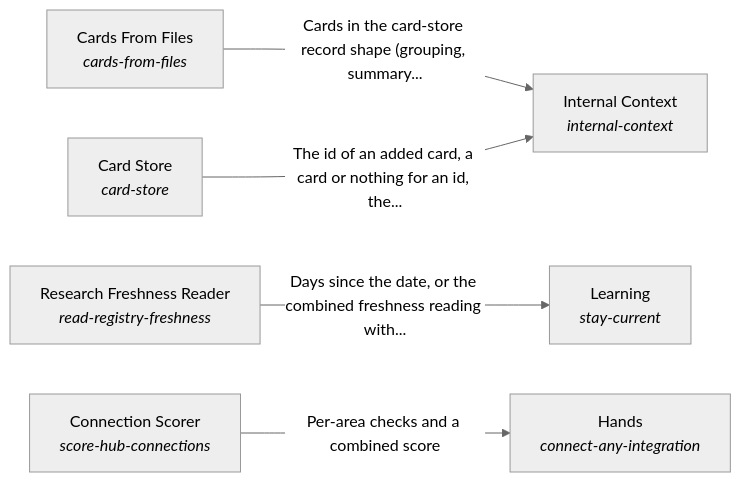
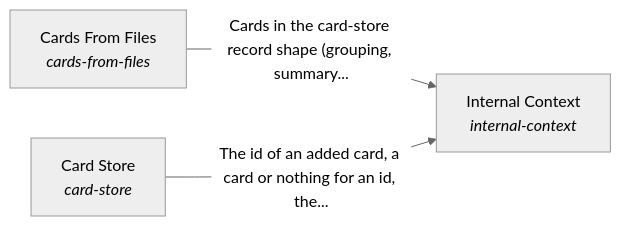
Before and after one commit to SpiritualData/ai-hub-of-hubs-structure: the diagram in hubofhubs/the_body/README.md, drawn with Mermaid (neutral theme). The commit also changed other lines of this file and 56 other files, not shown here.

First line of the commit message:
Records for the approved hierarchy: five containers, role-scoped solutions, the paragraphs match the flow code

````diff
--- a/hubofhubs/the_body/README.md
+++ b/hubofhubs/the_body/README.md
@@ -17,14 +17,8 @@
 ```mermaid
 flowchart LR
     s0["Cards From Files<br/><i>cards-from-files</i>"]
-    s1["Learning<br/><i>stay-current</i>"]
-    s2["Research Freshness Reader<br/><i>read-registry-freshness</i>"]
-    s3["Hands<br/><i>connect-any-integration</i>"]
-    s4["Connection Scorer<br/><i>score-hub-connections</i>"]
-    s5["Card Store<br/><i>card-store</i>"]
-    s6["Internal Context<br/><i>internal-context</i>"]
-    s0 -->|"Cards in the card-store record shape (grouping, summary..."| s6
-    s2 -->|"Days since the date, or the combined freshness reading with..."| s1
-    s4 -->|"Per-area checks and a combined score"| s3
-    s5 -->|"The id of an added card, a card or nothing for an id, the..."| s6
+    s1["Card Store<br/><i>card-store</i>"]
+    s2["Internal Context<br/><i>internal-context</i>"]
+    s0 -->|"Cards in the card-store record shape (grouping, summary..."| s2
+    s1 -->|"The id of an added card, a card or nothing for an id, the..."| s2
 ```
````
